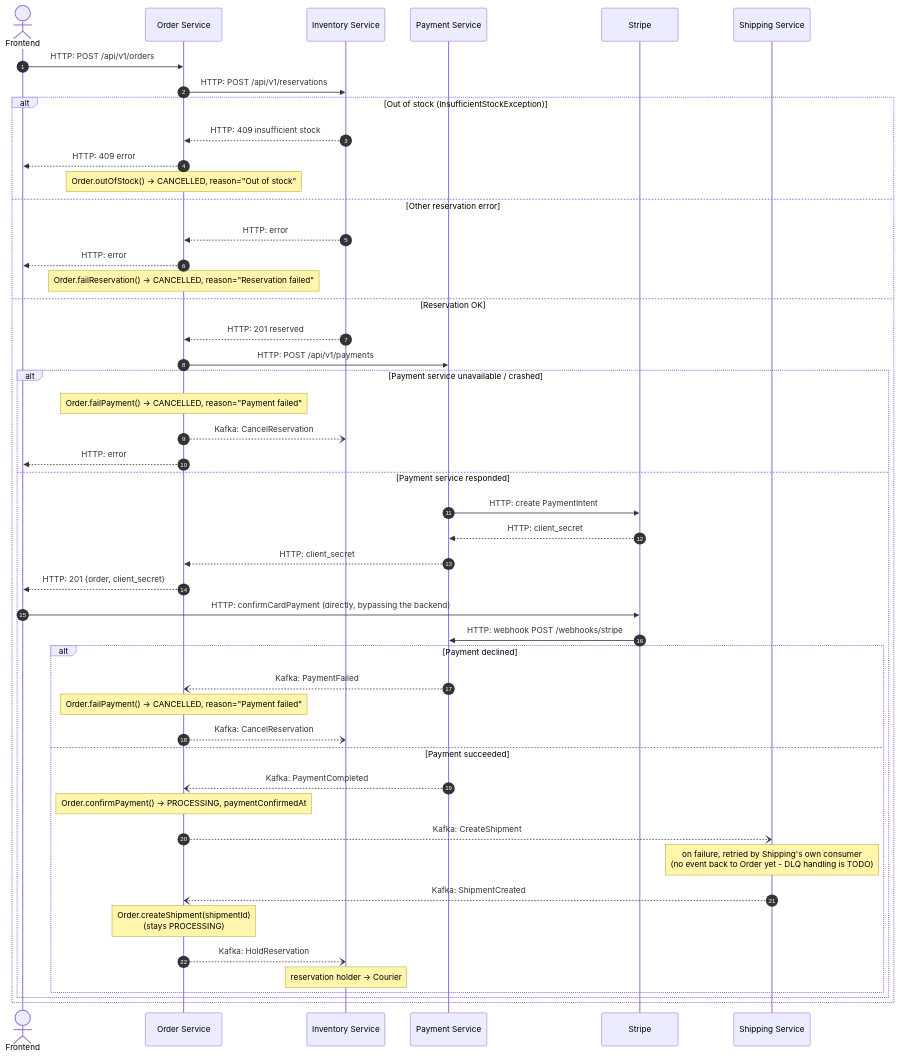
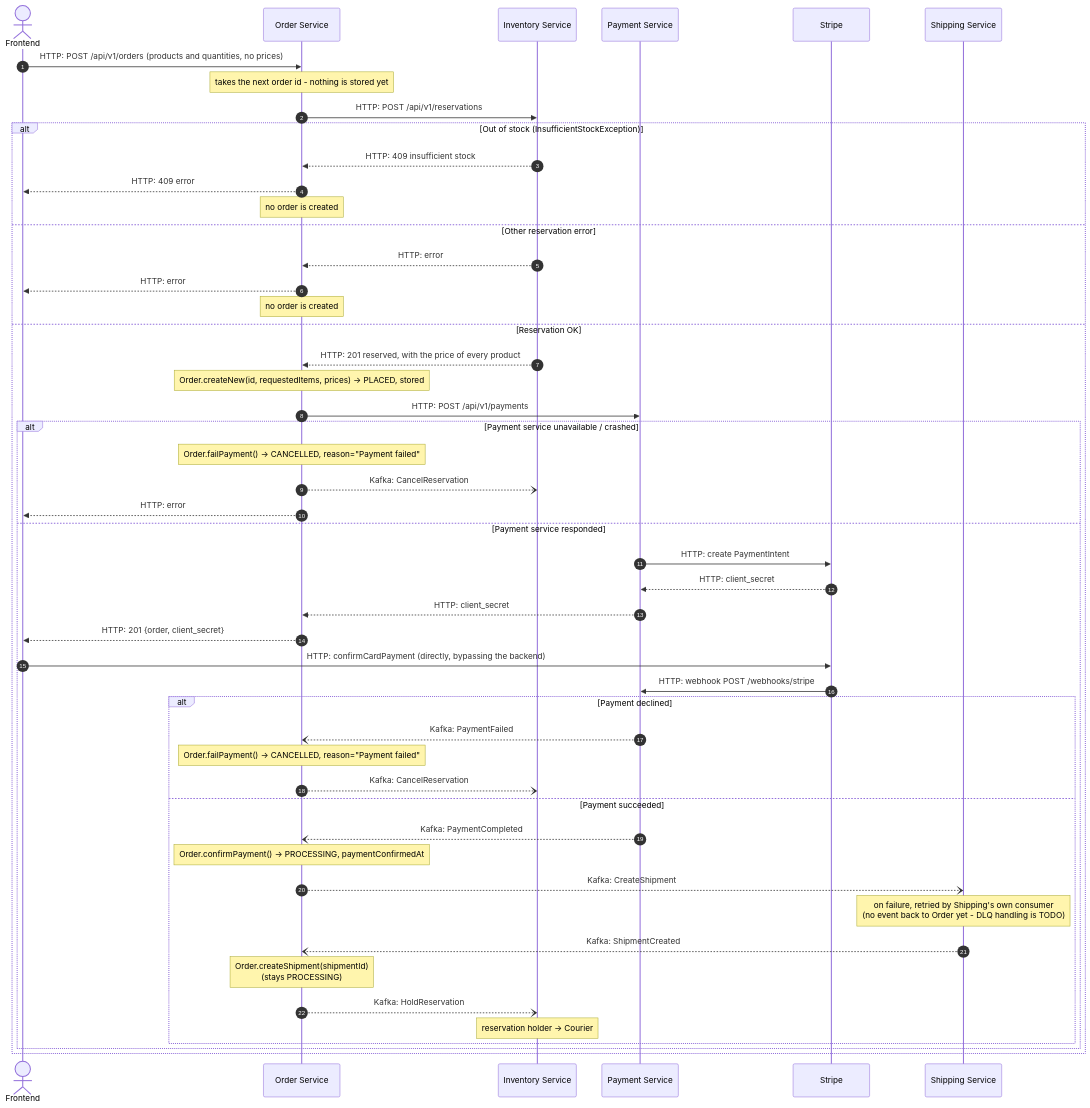
The third of 4 diagrams in docs/order_saga.md (ihorhartmann/E-commerce-App), drawn with Mermaid before and after one commit. The commit also changed other lines of this file and 62 other files, not shown here.

````diff
--- a/docs/order_saga.md
+++ b/docs/order_saga.md
@@ -65,56 +65,58 @@
 ```mermaid
 sequenceDiagram
     autonumber
     actor U as Frontend
     participant O as Order Service
     participant I as Inventory Service
     participant P as Payment Service
     participant S as Stripe
     participant Sh as Shipping Service
 
-    U->>O: HTTP: POST /api/v1/orders
+    U->>O: HTTP: POST /api/v1/orders (products and quantities, no prices)
+    Note over O: takes the next order id - nothing is stored yet
     O->>I: HTTP: POST /api/v1/reservations
 
     alt Out of stock (InsufficientStockException)
         I-->>O: HTTP: 409 insufficient stock
         O-->>U: HTTP: 409 error
-        Note over O: Order.outOfStock() -> CANCELLED, reason="Out of stock"
+        Note over O: no order is created
     else Other reservation error
         I-->>O: HTTP: error
         O-->>U: HTTP: error
-        Note over O: Order.failReservation() -> CANCELLED, reason="Reservation failed"
+        Note over O: no order is created
     else Reservation OK
-        I-->>O: HTTP: 201 reserved
+        I-->>O: HTTP: 201 reserved, with the price of every product
+        Note over O: Order.createNew(id, requestedItems, prices) -> PLACED, stored
         O->>P: HTTP: POST /api/v1/payments
 
         alt Payment service unavailable / crashed
             Note over O: Order.failPayment() -> CANCELLED, reason="Payment failed"
             O--)I: Kafka: CancelReservation
             O-->>U: HTTP: error
         else Payment service responded
             P->>S: HTTP: create PaymentIntent
             S-->>P: HTTP: client_secret
             P-->>O: HTTP: client_secret
             O-->>U: HTTP: 201 {order, client_secret}
 
             U->>S: HTTP: confirmCardPayment (directly, bypassing the backend)
             S->>P: HTTP: webhook POST /webhooks/stripe
 
             alt Payment declined
                 P--)O: Kafka: PaymentFailed
                 Note over O: Order.failPayment() -> CANCELLED, reason="Payment failed"
                 O--)I: Kafka: CancelReservation
             else Payment succeeded
                 P--)O: Kafka: PaymentCompleted
                 Note over O: Order.confirmPayment() -> PROCESSING, paymentConfirmedAt
                 O--)Sh: Kafka: CreateShipment
                 Note over Sh: on failure, retried by Shipping's own consumer<br/>(no event back to Order yet - DLQ handling is TODO)
 
                 Sh--)O: Kafka: ShipmentCreated
                 Note over O: Order.createShipment(shipmentId)<br/>(stays PROCESSING)
                 O--)I: Kafka: HoldReservation
                 Note over I: reservation holder -> Courier
             end
         end
     end
 ```
````
